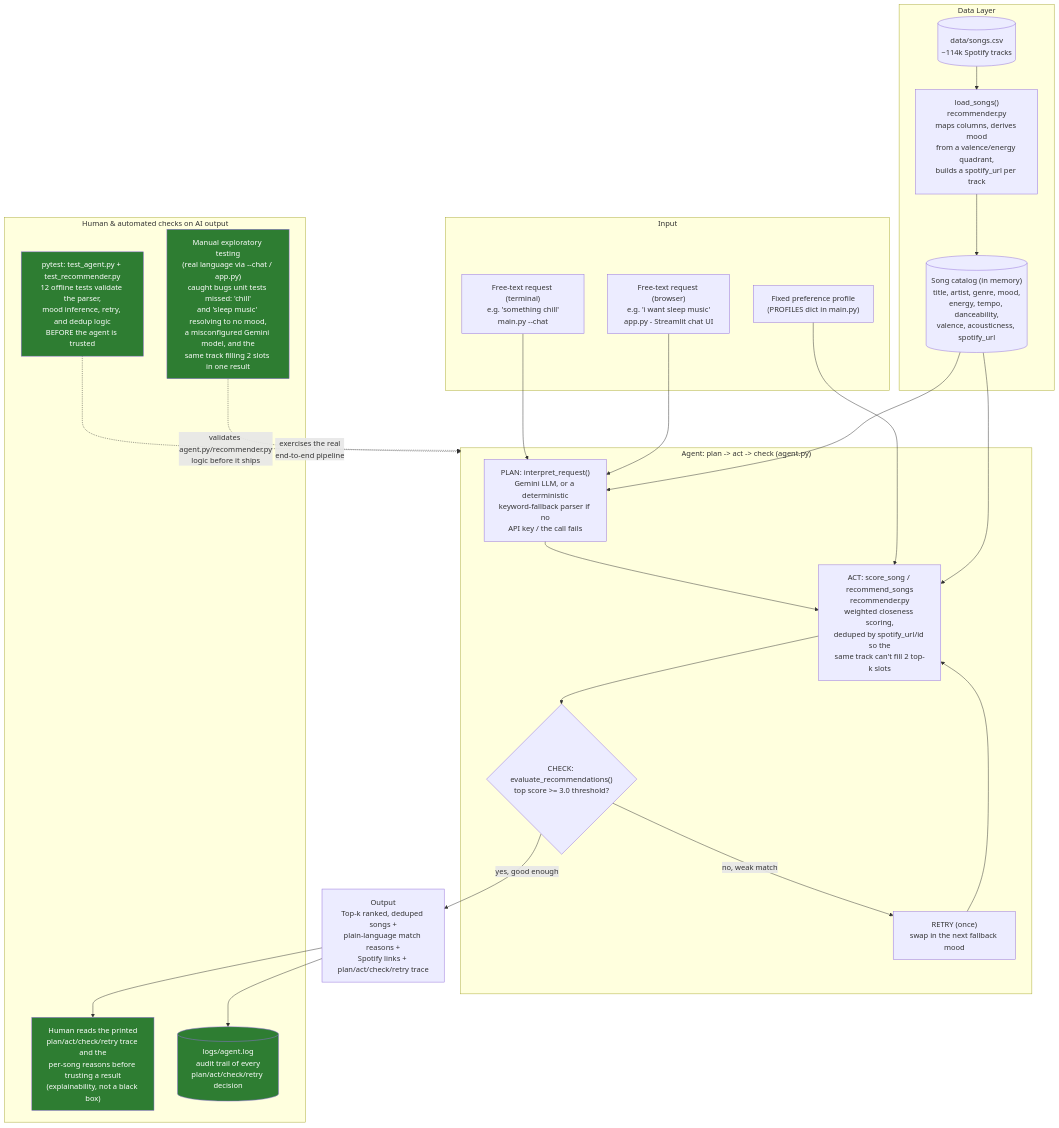
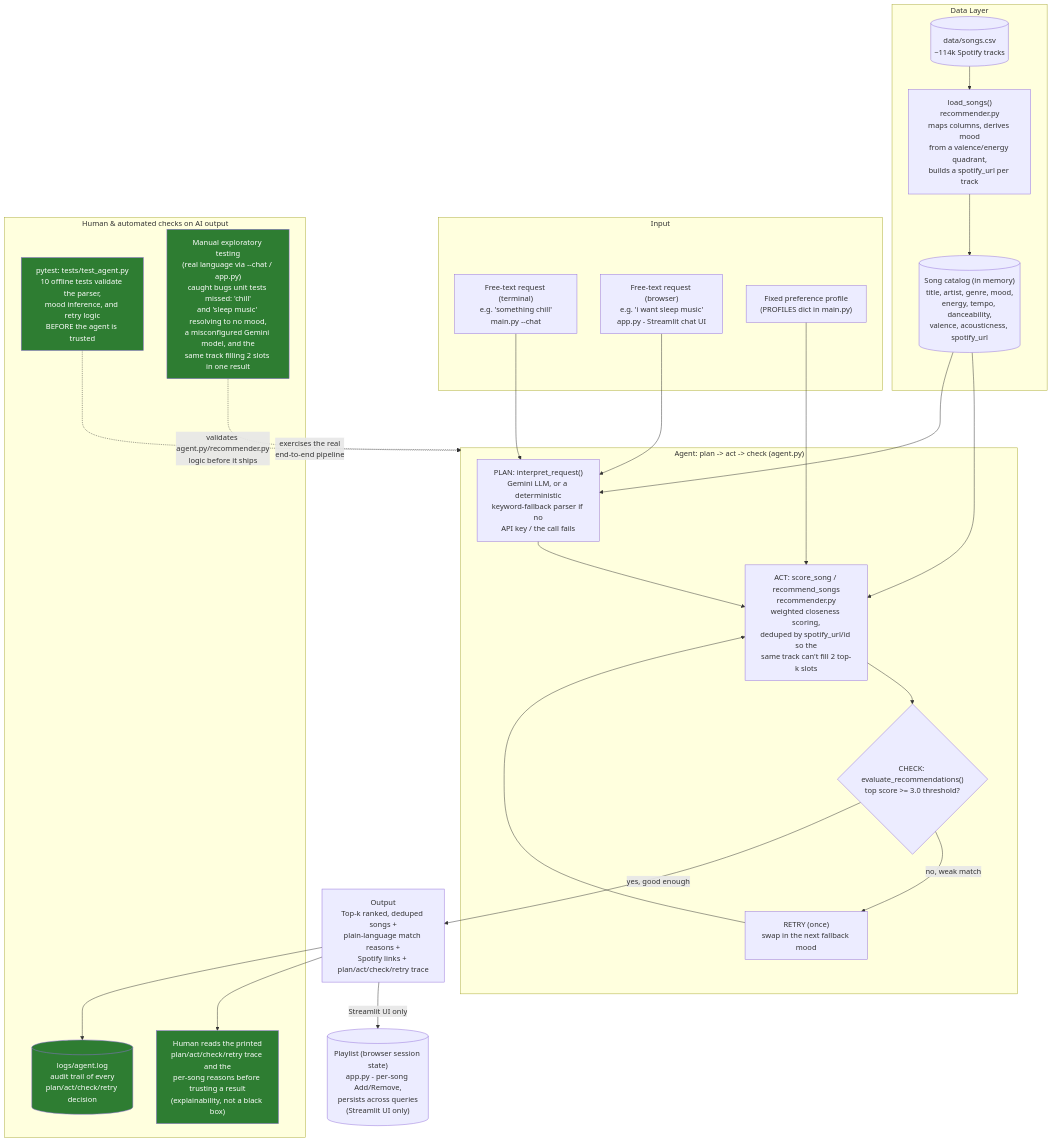
One commit to tnguyen356/applied-ai-system-project changed the diagram in diagrams/system_architecture.mmd. Above: the diagram before and after it, drawn with Mermaid. The commit also changed 4 other files, not shown here.

First line of the commit message:
Update docs and model card for Streamlit playlist and dataset rework

```diff
--- a/diagrams/system_architecture.mmd
+++ b/diagrams/system_architecture.mmd
@@ -1,48 +1,51 @@
 flowchart TD
     subgraph DATA["Data Layer"]
         CSV[("data/songs.csv<br/>~114k Spotify tracks")]
         LOAD["load_songs()<br/>recommender.py<br/>maps columns, derives mood<br/>from a valence/energy quadrant,<br/>builds a spotify_url per track"]
         CATALOG[("Song catalog (in memory)<br/>title, artist, genre, mood,<br/>energy, tempo, danceability,<br/>valence, acousticness, spotify_url")]
         CSV --> LOAD --> CATALOG
     end
 
     subgraph INPUT["Input"]
         CLICHAT["Free-text request (terminal)<br/>e.g. 'something chill'<br/>main.py --chat"]
         WEBCHAT["Free-text request (browser)<br/>e.g. 'i want sleep music'<br/>app.py - Streamlit chat UI"]
         PROFILE["Fixed preference profile<br/>(PROFILES dict in main.py)"]
     end
 
     subgraph AGENT["Agent: plan -> act -> check  (agent.py)"]
         PLAN["PLAN: interpret_request()<br/>Gemini LLM, or a deterministic<br/>keyword-fallback parser if no<br/>API key / the call fails"]
         ACT["ACT: score_song / recommend_songs<br/>recommender.py<br/>weighted closeness scoring,<br/>deduped by spotify_url/id so the<br/>same track can't fill 2 top-k slots"]
         CHECK{"CHECK: evaluate_recommendations()<br/>top score >= 3.0 threshold?"}
         RETRY["RETRY (once)<br/>swap in the next fallback mood"]
         PLAN --> ACT --> CHECK
         CHECK -->|"no, weak match"| RETRY
         RETRY --> ACT
     end
 
     OUTPUT["Output<br/>Top-k ranked, deduped songs +<br/>plain-language match reasons +<br/>Spotify links + plan/act/check/retry trace"]
 
+    PLAYLIST[("Playlist (browser session state)<br/>app.py - per-song Add/Remove,<br/>persists across queries<br/>(Streamlit UI only)")]
+
     subgraph HUMAN["Human & automated checks on AI output"]
-        TESTS["pytest: test_agent.py + test_recommender.py<br/>12 offline tests validate the parser,<br/>mood inference, retry, and dedup logic<br/>BEFORE the agent is trusted"]
+        TESTS["pytest: tests/test_agent.py<br/>10 offline tests validate the parser,<br/>mood inference, and retry logic<br/>BEFORE the agent is trusted"]
         MANUAL["Manual exploratory testing<br/>(real language via --chat / app.py)<br/>caught bugs unit tests missed: 'chill'<br/>and 'sleep music' resolving to no mood,<br/>a misconfigured Gemini model, and the<br/>same track filling 2 slots in one result"]
         REVIEW["Human reads the printed<br/>plan/act/check/retry trace and the<br/>per-song reasons before trusting a result<br/>(explainability, not a black box)"]
         LOG[("logs/agent.log<br/>audit trail of every<br/>plan/act/check/retry decision")]
     end
 
     CLICHAT --> PLAN
     WEBCHAT --> PLAN
     PROFILE --> ACT
     CATALOG --> ACT
     CATALOG --> PLAN
     CHECK -->|"yes, good enough"| OUTPUT
     OUTPUT --> REVIEW
     OUTPUT --> LOG
+    OUTPUT -->|"Streamlit UI only"| PLAYLIST
     TESTS -.->|"validates agent.py/recommender.py<br/>logic before it ships"| AGENT
     MANUAL -.->|"exercises the real<br/>end-to-end pipeline"| AGENT
 
     style TESTS fill:#2e7d32,color:#ffffff
     style MANUAL fill:#2e7d32,color:#ffffff
     style REVIEW fill:#2e7d32,color:#ffffff
     style LOG fill:#2e7d32,color:#ffffff
```
